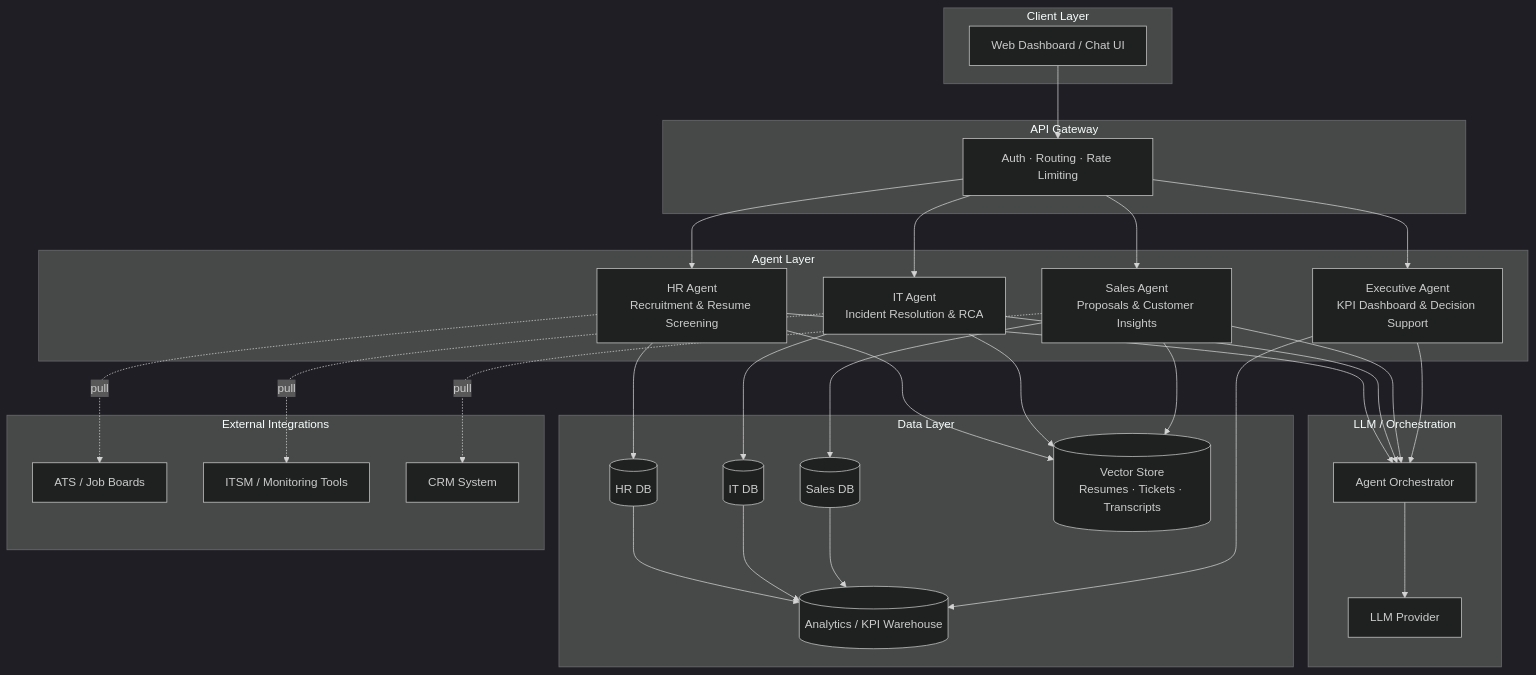
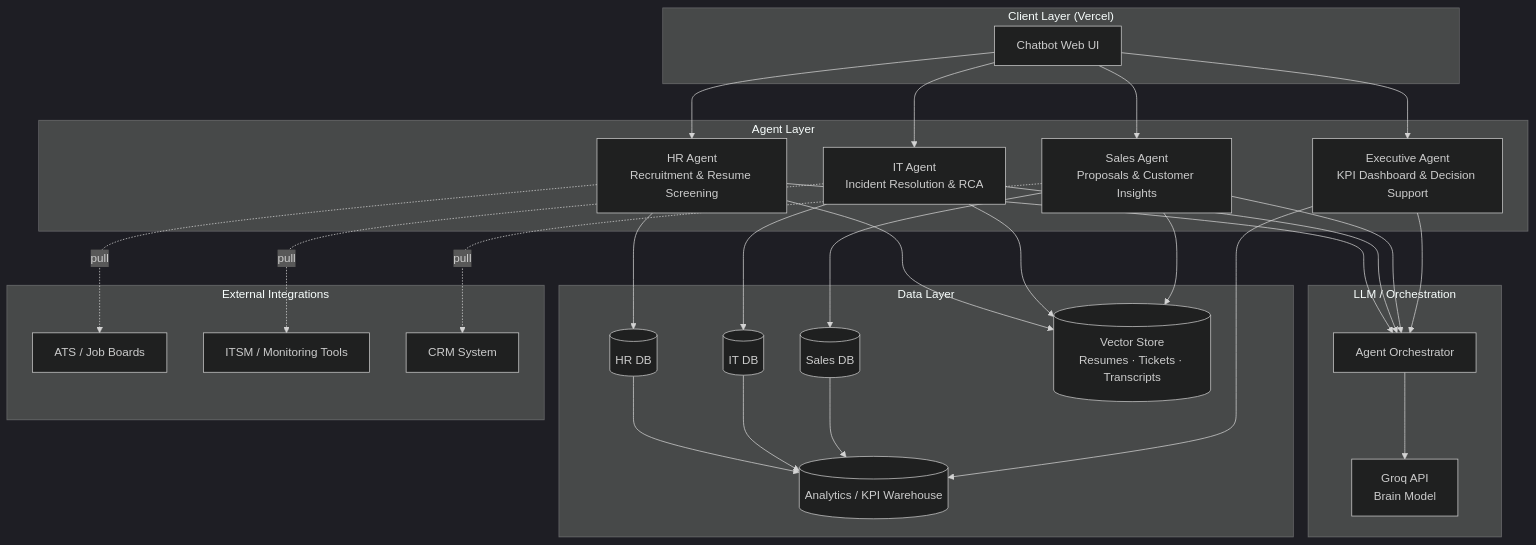
Before and after one commit to HarshSinha-1/Multi_agent_orchestration_purposive: the first of 6 diagrams in README.md, drawn with Mermaid (dark theme). The commit also changed other lines of this file and 63 other files, not shown here.

````diff
--- a/README.md
+++ b/README.md
@@ -22,61 +28,56 @@
 ```mermaid
 flowchart TB
-    subgraph Client["Client Layer"]
-        UI[Web Dashboard / Chat UI]
-    end
-
-    subgraph Gateway["API Gateway"]
-        GW[Auth · Routing · Rate Limiting]
+    subgraph Client["Client Layer (Vercel)"]
+        UI[Chatbot Web UI]
     end
 
     subgraph Agents["Agent Layer"]
         HR[HR Agent<br/>Recruitment & Resume Screening]
         IT[IT Agent<br/>Incident Resolution & RCA]
         SALES[Sales Agent<br/>Proposals & Customer Insights]
         EXEC[Executive Agent<br/>KPI Dashboard & Decision Support]
     end
 
     subgraph LLM["LLM / Orchestration"]
         ORCH[Agent Orchestrator]
-        MODEL[LLM Provider]
+        MODEL[Groq API<br/>Brain Model]
     end
 
     subgraph Data["Data Layer"]
         HRDB[(HR DB)]
         ITDB[(IT DB)]
         SALESDB[(Sales DB)]
         ANALYTICS[(Analytics / KPI Warehouse)]
         VSTORE[(Vector Store<br/>Resumes · Tickets · Transcripts)]
     end
 
     subgraph Ext["External Integrations"]
         ATS[ATS / Job Boards]
         ITSM[ITSM / Monitoring Tools]
         CRM[CRM System]
     end
 
-    UI --> GW
-    GW --> HR & IT & SALES & EXEC
+    UI --> HR & IT & SALES & EXEC
     HR --> ORCH
     IT --> ORCH
     SALES --> ORCH
     EXEC --> ORCH
     ORCH --> MODEL
 
     HR --> HRDB
     HR --> VSTORE
     HR -.pull.-> ATS
 
     IT --> ITDB
     IT --> VSTORE
     IT -.pull.-> ITSM
 
     SALES --> SALESDB
     SALES --> VSTORE
     SALES -.pull.-> CRM
 
     HRDB --> ANALYTICS
     ITDB --> ANALYTICS
     SALESDB --> ANALYTICS
     EXEC --> ANALYTICS
 ```
````
